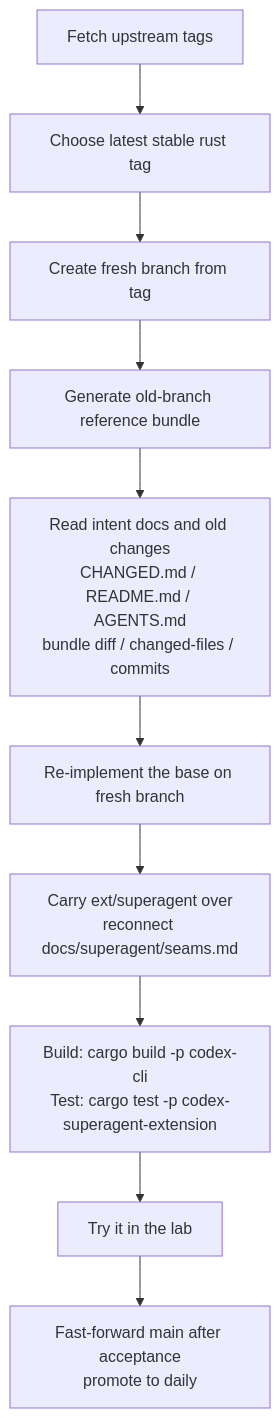
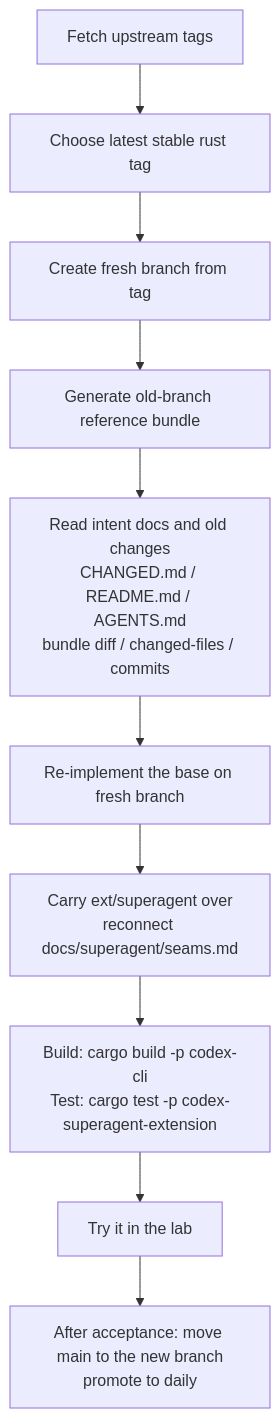
The diagram in README.md (jiaqiwang969/codext), drawn with Mermaid before and after one commit. The commit also changed 2 other files, not shown here.

Commit message:
docs: accept rust-v0.167.0 and say how main moves to a bump
The person accepted candidate 0.167.0-f4acb77c9d, so the candidate's
temporary instructions leave AGENTS.md. An upstream bump starts from the
tag, so main is replaced by the bump branch rather than fast-forwarded;
the old line stays on its own branch with a backup branch beside it.

````diff
--- a/README.md
+++ b/README.md
@@ -124,12 +124,12 @@
 ```mermaid
 flowchart TD
       A[Fetch upstream tags] --> B[Choose latest stable rust tag]
       B --> C[Create fresh branch from tag]
       C --> D[Generate old-branch reference bundle]
       D --> E[Read intent docs and old changes<br/>CHANGED.md / README.md / AGENTS.md<br/>bundle diff / changed-files / commits]
       E --> F[Re-implement the base on fresh branch]
       F --> G[Carry ext/superagent over<br/>reconnect docs/superagent/seams.md]
       G --> H[Build: cargo build -p codex-cli<br/>Test: cargo test -p codex-superagent-extension]
       H --> I[Try it in the lab]
-      I --> J[Fast-forward main after acceptance<br/>promote to daily]
+      I --> J[After acceptance: move main to the new branch<br/>promote to daily]
 ```
````
